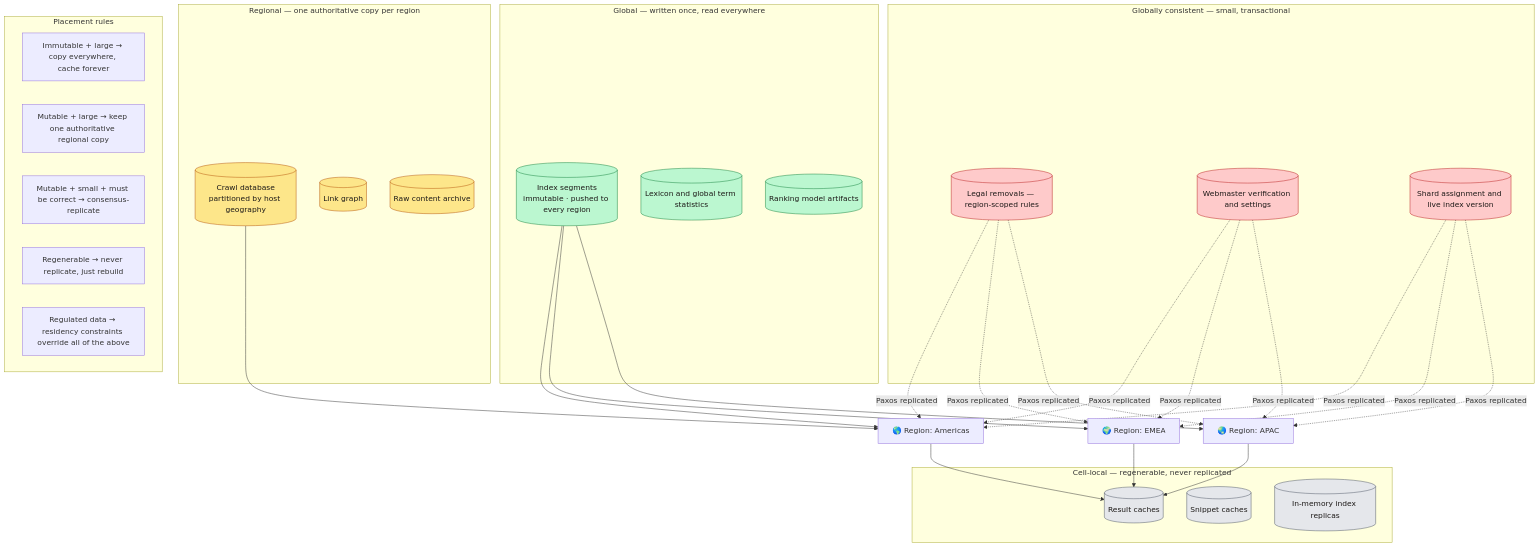
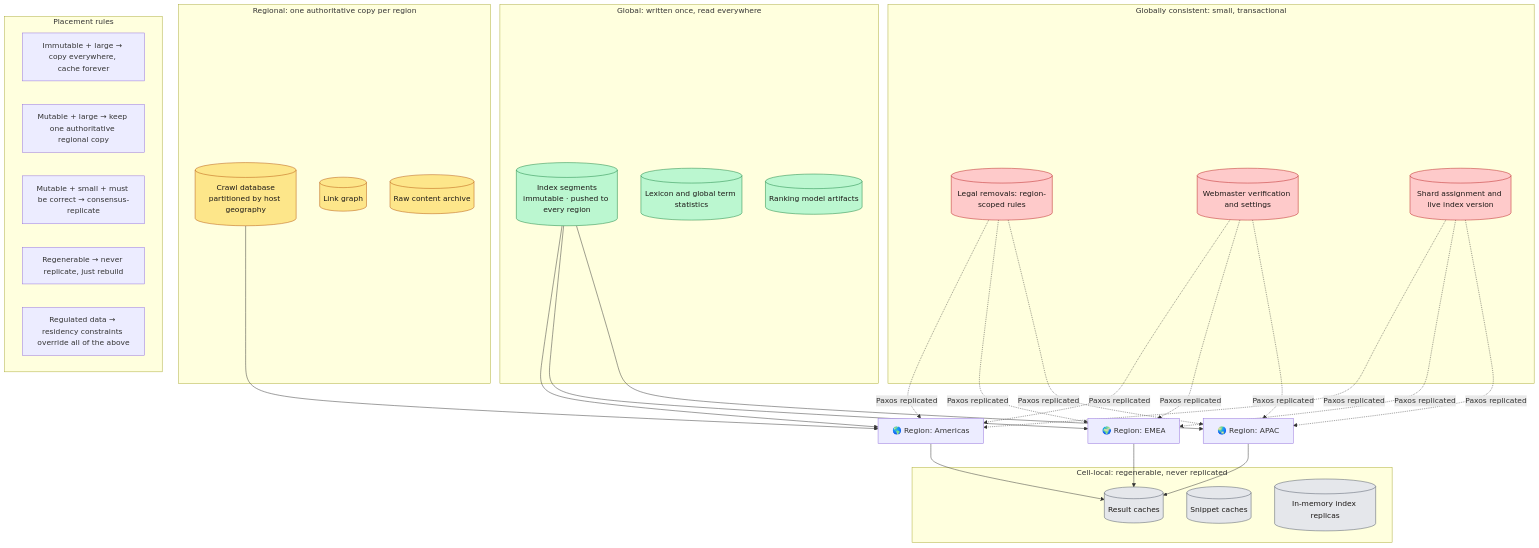
The diagram in diagrams/D-50-data-placement-across-regions.mmd (ahmedselimmansor-ctrl/google-search-system-design), drawn with Mermaid before and after one commit. The commit also changed 89 other files, not shown here.

```diff
--- a/diagrams/D-50-data-placement-across-regions.mmd
+++ b/diagrams/D-50-data-placement-across-regions.mmd
@@ -1,49 +1,49 @@
 flowchart TB
-    subgraph GLOBAL["Global — written once, read everywhere"]
+    subgraph GLOBAL["Global: written once, read everywhere"]
         G1[("Index segments<br/>immutable · pushed to every region")]
         G2[("Lexicon and global term statistics")]
         G3[("Ranking model artifacts")]
     end
 
-    subgraph REGIONAL["Regional — one authoritative copy per region"]
+    subgraph REGIONAL["Regional: one authoritative copy per region"]
         R1[("Crawl database<br/>partitioned by host geography")]
         R2[("Link graph")]
         R3[("Raw content archive")]
     end
 
-    subgraph STRONG["Globally consistent — small, transactional"]
-        S1[("Legal removals — region-scoped rules")]
+    subgraph STRONG["Globally consistent: small, transactional"]
+        S1[("Legal removals: region-scoped rules")]
         S2[("Webmaster verification and settings")]
         S3[("Shard assignment and live index version")]
     end
 
-    subgraph LOCAL["Cell-local — regenerable, never replicated"]
+    subgraph LOCAL["Cell-local: regenerable, never replicated"]
         L1[("Result caches")]
         L2[("Snippet caches")]
         L3[("In-memory index replicas")]
     end
 
     G1 --> DC1["🌎 Region: Americas"]
     G1 --> DC2["🌍 Region: EMEA"]
     G1 --> DC3["🌏 Region: APAC"]
 
     S1 & S2 & S3 -.Paxos replicated.-> DC1 & DC2 & DC3
     R1 --> DC1
     DC1 & DC2 & DC3 --> L1
 
     subgraph RULES["Placement rules"]
         P1["Immutable + large → copy everywhere, cache forever"]
         P2["Mutable + large → keep one authoritative regional copy"]
         P3["Mutable + small + must be correct → consensus-replicate"]
         P4["Regenerable → never replicate, just rebuild"]
         P5["Regulated data → residency constraints override all of the above"]
     end
 
     classDef glob fill:#bbf7d0,stroke:#15803d,color:#1c1917
     classDef reg fill:#fde68a,stroke:#b45309,color:#1c1917
     classDef str fill:#fecaca,stroke:#b91c1c,color:#1c1917
     classDef loc fill:#e5e7eb,stroke:#4b5563,color:#1c1917
     class G1,G2,G3 glob
     class R1,R2,R3 reg
     class S1,S2,S3 str
     class L1,L2,L3 loc
```
